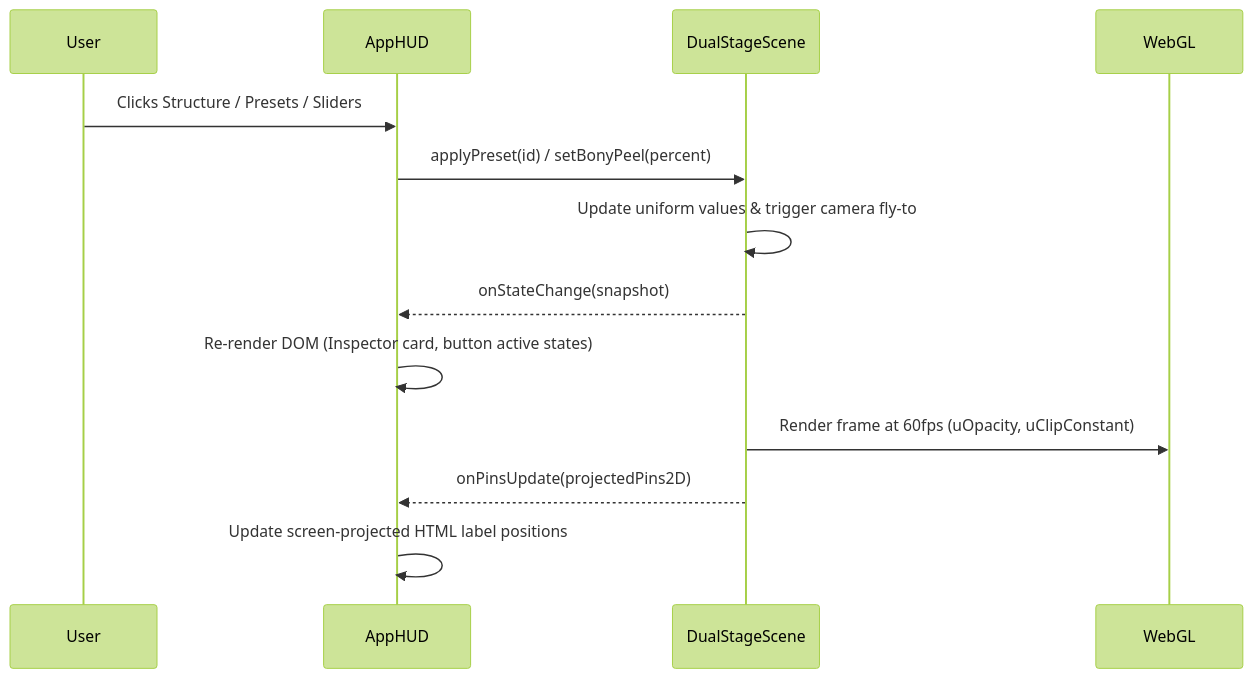
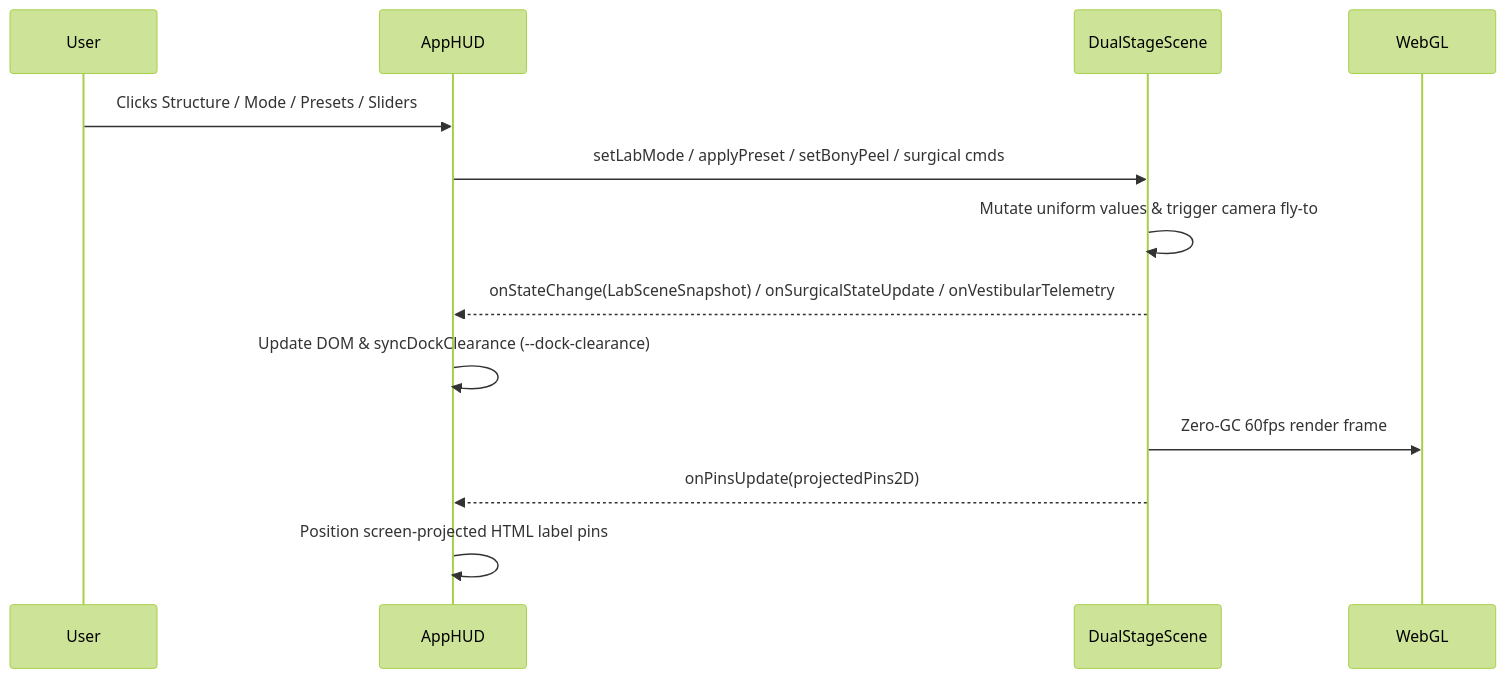
One commit to UMCai/inner-ear-3d-lab changed the second of 2 diagrams in ARCHITECTURE.md. Above: the diagram before and after it, drawn with Mermaid (forest theme). The commit also changed other lines of this file and 123 other files, not shown here.

Commit message:
chore(repo): add verification gates, dock clearance hardening, and agent workflow skills

````diff
--- a/ARCHITECTURE.md
+++ b/ARCHITECTURE.md
@@ -116,16 +114,16 @@
 ```mermaid
 sequenceDiagram
     participant User
     participant AppHUD
     participant DualStageScene
     participant WebGL
 
-    User->>AppHUD: Clicks Structure / Presets / Sliders
-    AppHUD->>DualStageScene: applyPreset(id) / setBonyPeel(percent)
-    DualStageScene->>DualStageScene: Update uniform values & trigger camera fly-to
-    DualStageScene-->>AppHUD: onStateChange(snapshot)
-    AppHUD->>AppHUD: Re-render DOM (Inspector card, button active states)
-    DualStageScene->>WebGL: Render frame at 60fps (uOpacity, uClipConstant)
+    User->>AppHUD: Clicks Structure / Mode / Presets / Sliders
+    AppHUD->>DualStageScene: setLabMode / applyPreset / setBonyPeel / surgical cmds
+    DualStageScene->>DualStageScene: Mutate uniform values & trigger camera fly-to
+    DualStageScene-->>AppHUD: onStateChange(LabSceneSnapshot) / onSurgicalStateUpdate / onVestibularTelemetry
+    AppHUD->>AppHUD: Update DOM & syncDockClearance (--dock-clearance)
+    DualStageScene->>WebGL: Zero-GC 60fps render frame
     DualStageScene-->>AppHUD: onPinsUpdate(projectedPins2D)
-    AppHUD->>AppHUD: Update screen-projected HTML label positions
+    AppHUD->>AppHUD: Position screen-projected HTML label pins
 ```
````
